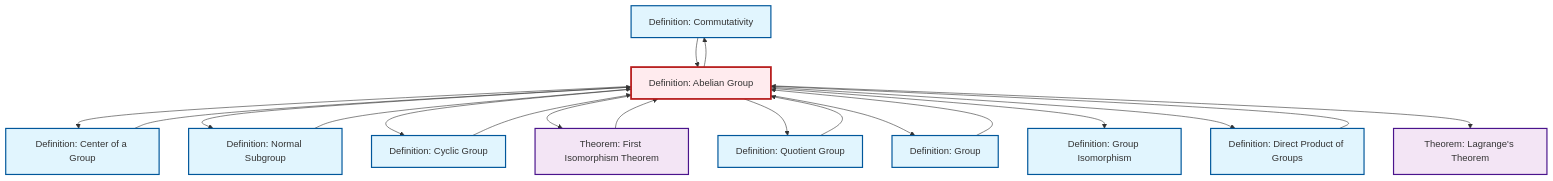
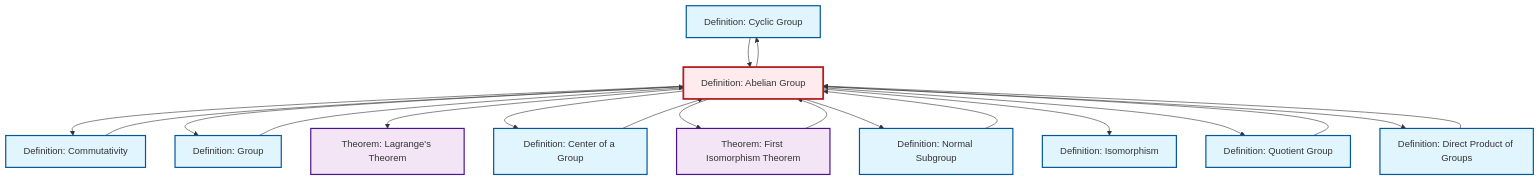
Before and after one commit to RK0429/ModernMath: the diagram in content/en/algebra/def-abelian-group.qmd, drawn with Mermaid. The commit also changed 1069 other files, not shown here.

````diff
--- a/content/en/algebra/def-abelian-group.qmd
+++ b/content/en/algebra/def-abelian-group.qmd
@@ -104,49 +104,49 @@
 ```{mermaid}
 %%| fig-cap: "Local dependency graph"
 graph TD
     classDef definition fill:#e1f5fe,stroke:#01579b,stroke-width:2px
     classDef theorem fill:#f3e5f5,stroke:#4a148c,stroke-width:2px
     classDef axiom fill:#fff3e0,stroke:#e65100,stroke-width:2px
     classDef example fill:#e8f5e9,stroke:#1b5e20,stroke-width:2px
     classDef current fill:#ffebee,stroke:#b71c1c,stroke-width:3px
+    thm-lagrange["Theorem: Lagrange's Theorem"]:::theorem
+    def-cyclic-group["Definition: Cyclic Group"]:::definition
     def-commutativity["Definition: Commutativity"]:::definition
-    def-cyclic-group["Definition: Cyclic Group"]:::definition
-    def-isomorphism["Definition: Group Isomorphism"]:::definition
+    def-normal-subgroup["Definition: Normal Subgroup"]:::definition
+    def-isomorphism["Definition: Isomorphism"]:::definition
+    def-direct-product["Definition: Direct Product of Groups"]:::definition
+    thm-first-isomorphism["Theorem: First Isomorphism Theorem"]:::theorem
+    def-quotient-group["Definition: Quotient Group"]:::definition
+    def-abelian-group["Definition: Abelian Group"]:::definition
+    def-center-of-group["Definition: Center of a Group"]:::definition
     def-group["Definition: Group"]:::definition
-    def-center-of-group["Definition: Center of a Group"]:::definition
-    thm-first-isomorphism["Theorem: First Isomorphism Theorem"]:::theorem
-    thm-lagrange["Theorem: Lagrange's Theorem"]:::theorem
-    def-quotient-group["Definition: Quotient Group"]:::definition
-    def-direct-product["Definition: Direct Product of Groups"]:::definition
-    def-normal-subgroup["Definition: Normal Subgroup"]:::definition
-    def-abelian-group["Definition: Abelian Group"]:::definition
     def-group --> def-abelian-group
     thm-first-isomorphism --> def-abelian-group
+    def-abelian-group --> def-commutativity
+    def-abelian-group --> def-cyclic-group
+    def-commutativity --> def-abelian-group
+    def-quotient-group --> def-abelian-group
+    def-abelian-group --> def-group
+    def-abelian-group --> thm-lagrange
     def-abelian-group --> def-center-of-group
+    def-abelian-group --> thm-first-isomorphism
+    def-cyclic-group --> def-abelian-group
     def-abelian-group --> def-normal-subgroup
-    def-abelian-group --> def-cyclic-group
-    def-abelian-group --> thm-first-isomorphism
+    def-abelian-group --> def-isomorphism
     def-center-of-group --> def-abelian-group
+    def-abelian-group --> def-quotient-group
+    def-abelian-group --> def-direct-product
     def-normal-subgroup --> def-abelian-group
-    def-commutativity --> def-abelian-group
-    def-cyclic-group --> def-abelian-group
-    def-quotient-group --> def-abelian-group
-    def-abelian-group --> def-quotient-group
-    def-abelian-group --> def-commutativity
-    def-abelian-group --> def-group
-    def-abelian-group --> def-isomorphism
-    def-abelian-group --> def-direct-product
     def-direct-product --> def-abelian-group
-    def-abelian-group --> thm-lagrange
     class def-abelian-group current
+    click thm-lagrange "thm-lagrange.html" "Go to Lagrange's Theorem theorem"
+    click def-cyclic-group "def-cyclic-group.html" "Go to Cyclic Group definition"
     click def-commutativity "def-commutativity.html" "Go to Commutativity definition"
-    click def-cyclic-group "def-cyclic-group.html" "Go to Cyclic Group definition"
-    click def-isomorphism "def-isomorphism.html" "Go to Group Isomorphism definition"
+    click def-normal-subgroup "def-normal-subgroup.html" "Go to Normal Subgroup definition"
+    click def-isomorphism "def-isomorphism.html" "Go to Isomorphism definition"
+    click def-direct-product "def-direct-product.html" "Go to Direct Product of Groups definition"
+    click thm-first-isomorphism "thm-first-isomorphism.html" "Go to First Isomorphism Theorem theorem"
+    click def-quotient-group "def-quotient-group.html" "Go to Quotient Group definition"
+    click def-center-of-group "def-center-of-group.html" "Go to Center of a Group definition"
     click def-group "def-group.html" "Go to Group definition"
-    click def-center-of-group "def-center-of-group.html" "Go to Center of a Group definition"
-    click thm-first-isomorphism "thm-first-isomorphism.html" "Go to First Isomorphism Theorem theorem"
-    click thm-lagrange "thm-lagrange.html" "Go to Lagrange's Theorem theorem"
-    click def-quotient-group "def-quotient-group.html" "Go to Quotient Group definition"
-    click def-direct-product "def-direct-product.html" "Go to Direct Product of Groups definition"
-    click def-normal-subgroup "def-normal-subgroup.html" "Go to Normal Subgroup definition"
 ```
````
